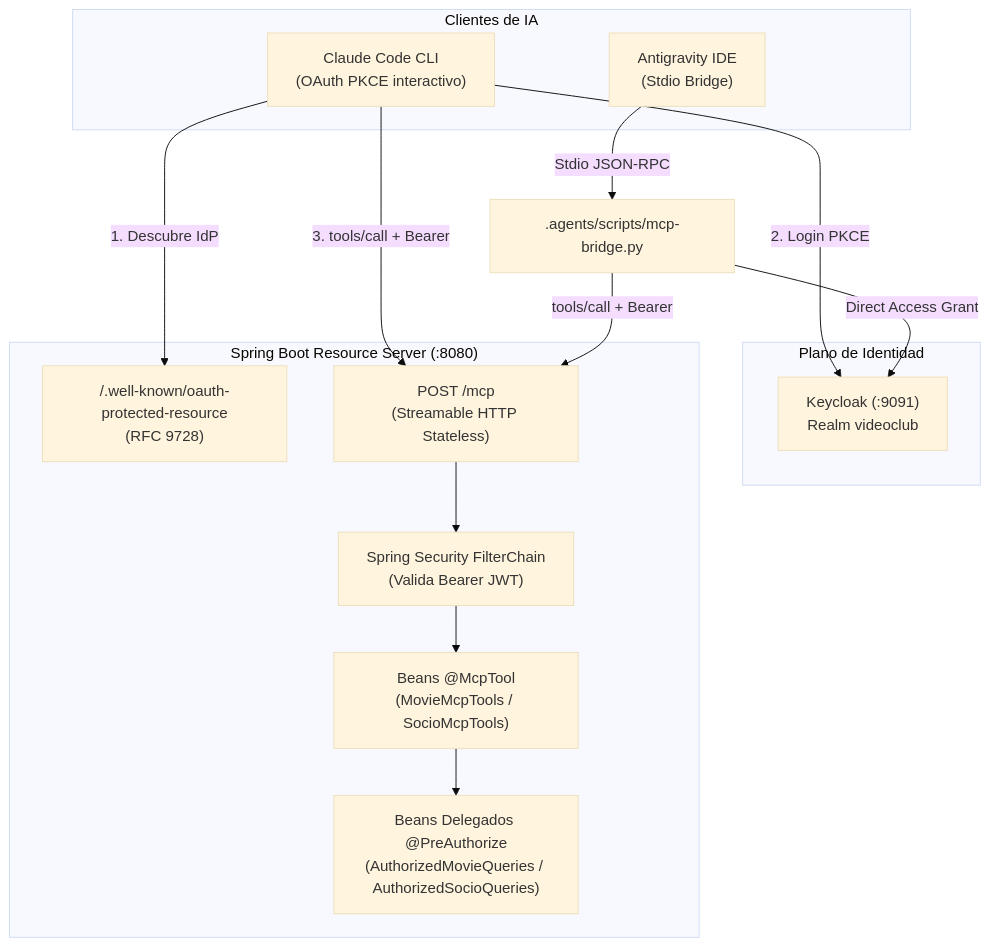
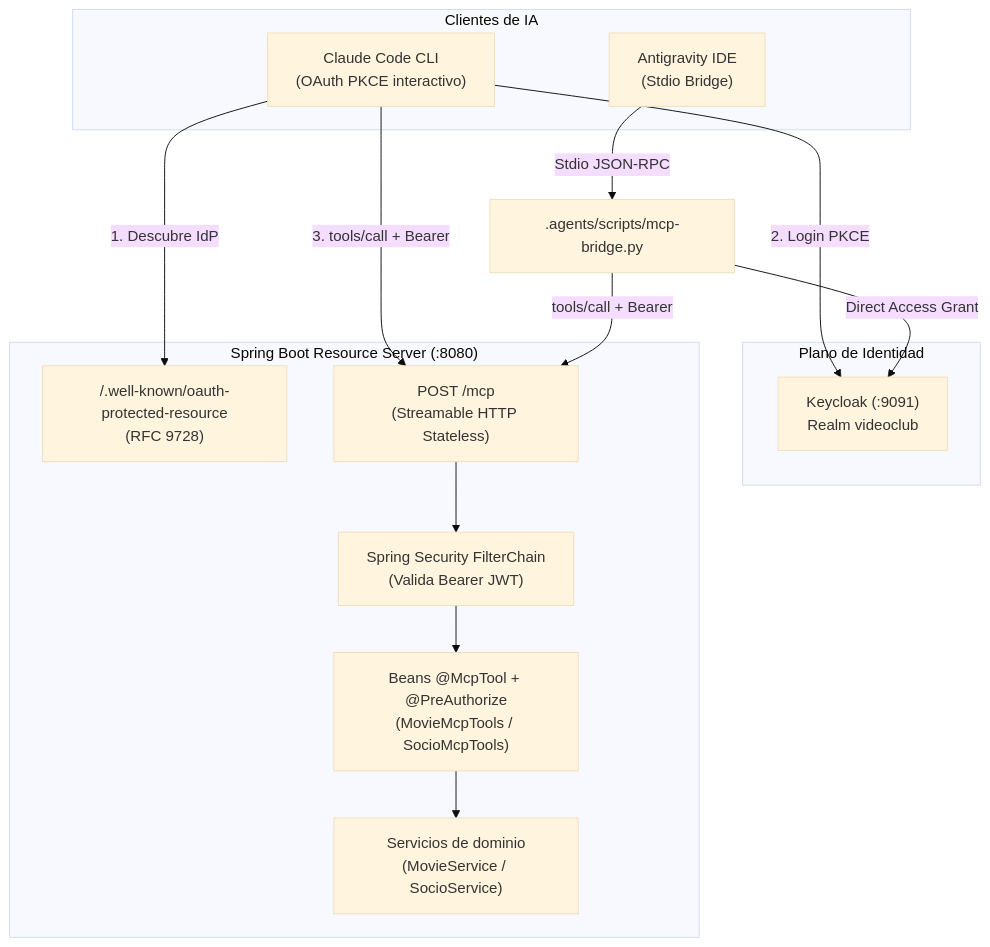
The first of 3 diagrams in docs/mcp-server.md (hmunoz/springboot-sso), drawn with Mermaid (base theme) before and after one commit. The commit also changed other lines of this file and 13 other files, not shown here.

Commit message:
refactor: streamline MCP tool security implementation and update documentation and diagrams

````diff
--- a/docs/mcp-server.md
+++ b/docs/mcp-server.md
@@ -11,29 +11,29 @@
 ```mermaid
 flowchart TD
     subgraph Clientes ["Clientes de IA"]
         CC["Claude Code CLI<br/>(OAuth PKCE interactivo)"]
         AG["Antigravity IDE<br/>(Stdio Bridge)"]
     end
 
     subgraph Auth ["Plano de Identidad"]
         KC["Keycloak (:9091)<br/>Realm videoclub"]
     end
 
     subgraph Server ["Spring Boot Resource Server (:8080)"]
         DISC["/.well-known/oauth-protected-resource<br/>(RFC 9728)"]
         EP["POST /mcp<br/>(Streamable HTTP Stateless)"]
         SEC["Spring Security FilterChain<br/>(Valida Bearer JWT)"]
-        TOOLS["Beans @McpTool<br/>(MovieMcpTools / SocioMcpTools)"]
-        DELEG["Beans Delegados @PreAuthorize<br/>(AuthorizedMovieQueries / AuthorizedSocioQueries)"]
+        TOOLS["Beans @McpTool + @PreAuthorize<br/>(MovieMcpTools / SocioMcpTools)"]
+        SVC["Servicios de dominio<br/>(MovieService / SocioService)"]
     end
 
     CC -->|1. Descubre IdP| DISC
     CC -->|2. Login PKCE| KC
     CC -->|3. tools/call + Bearer| EP
 
     AG -->|Stdio JSON-RPC| BRIDGE[".agents/scripts/mcp-bridge.py"]
     BRIDGE -->|Direct Access Grant| KC
     BRIDGE -->|tools/call + Bearer| EP
 
-    EP --> SEC --> TOOLS --> DELEG
+    EP --> SEC --> TOOLS --> SVC
 ```
````
